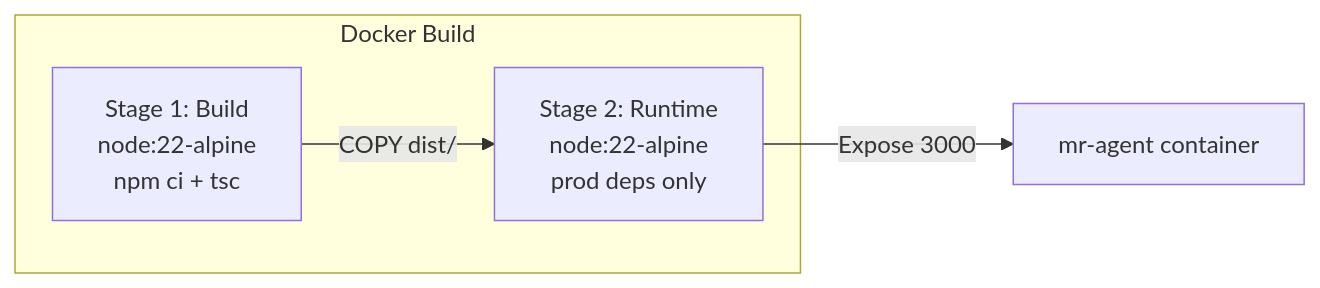
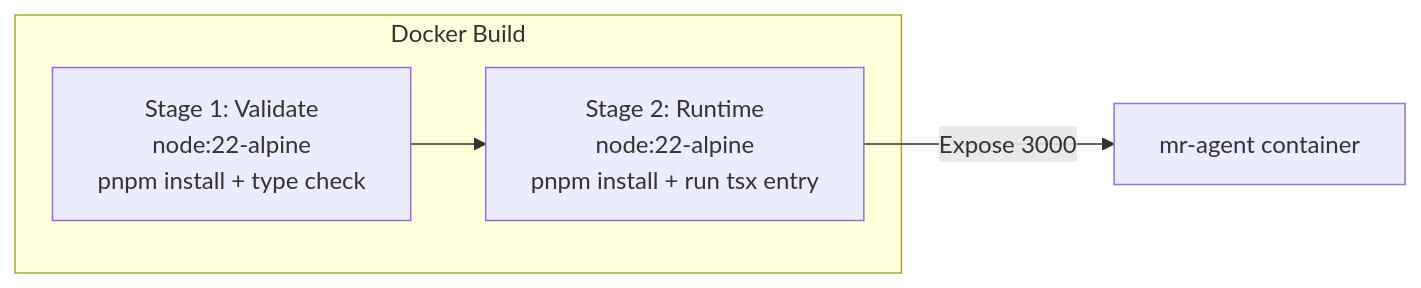
The fifth of 6 diagrams in README.md (condevtools/pr-agent), drawn with Mermaid before and after one commit. The commit also changed other lines of this file and 26 other files, not shown here.

````diff
--- a/README.md
+++ b/README.md
@@ -568,9 +500,9 @@
 ```mermaid
 graph LR
     subgraph Docker Build
-        B1[Stage 1: Build<br/>node:22-alpine<br/>npm ci + tsc]
-        B2[Stage 2: Runtime<br/>node:22-alpine<br/>prod deps only]
-        B1 -->|COPY dist/| B2
+        B1[Stage 1: Validate<br/>node:22-alpine<br/>pnpm install + type check]
+        B2[Stage 2: Runtime<br/>node:22-alpine<br/>pnpm install + run tsx entry]
+        B1 --> B2
     end
     B2 -->|Expose 3000| SRV[mr-agent container]
 ```
````
